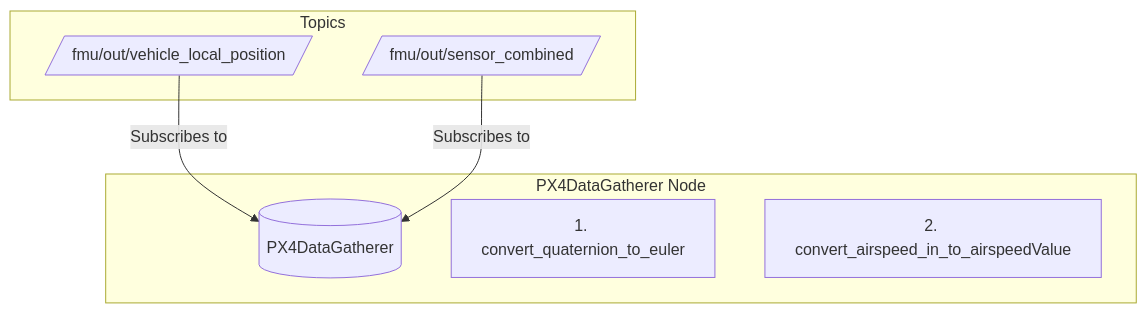
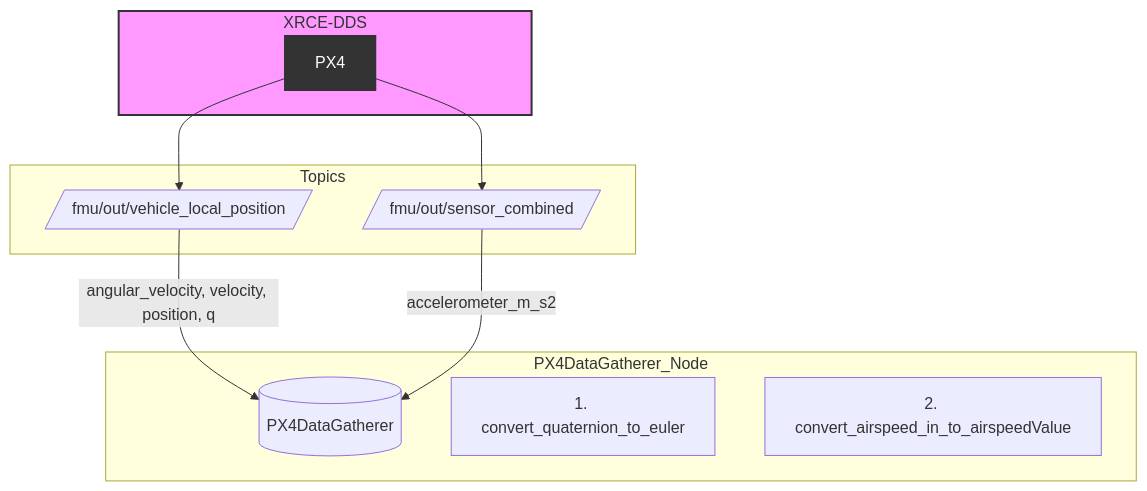
Before and after one commit to FredJones4/vtol_ctrl_ros2: the diagram in README.md, drawn with Mermaid.

Commit message:
improve graph

````diff
--- a/README.md
+++ b/README.md
@@ -105,18 +105,26 @@
 ```mermaid
 graph TD
-    subgraph PX4DataGatherer Node
+    subgraph PX4DataGatherer_Node
         A[(PX4DataGatherer)]
         A1[1. convert_quaternion_to_euler]
         A2[2. convert_airspeed_in_to_airspeedValue]
     end
 
     subgraph Topics
-
         D[/fmu/out/vehicle_local_position/]
         E[/fmu/out/sensor_combined/]
     end
 
-    D -->|Subscribes to| A
-    E -->|Subscribes to| A
+    subgraph XRCE-DDS
+        PX4[PX4]
+        PX4 --> D
+        PX4 --> E
+    end
+
+    style XRCE-DDS fill:#f9f,stroke:#333,stroke-width:2px
+    style PX4 fill:#333,stroke:#333,stroke-width:2px,color:#fff
+
+    D -->|angular_velocity, velocity, position, q| A
+    E -->|accelerometer_m_s2| A
 
 ```
````
